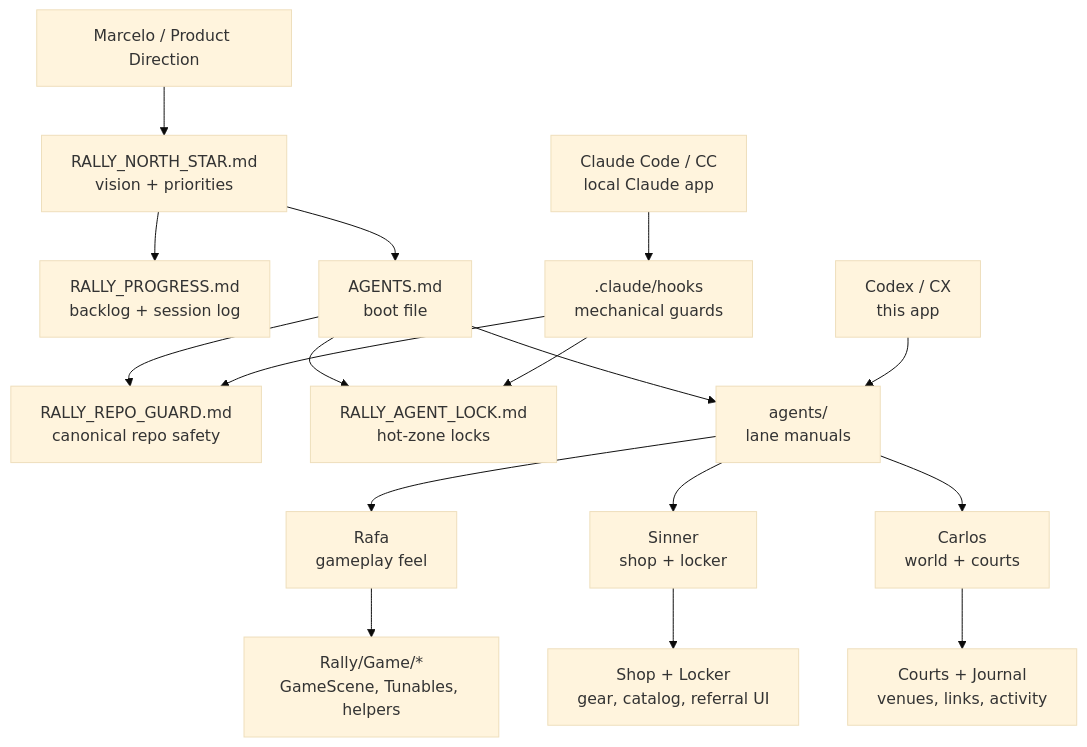
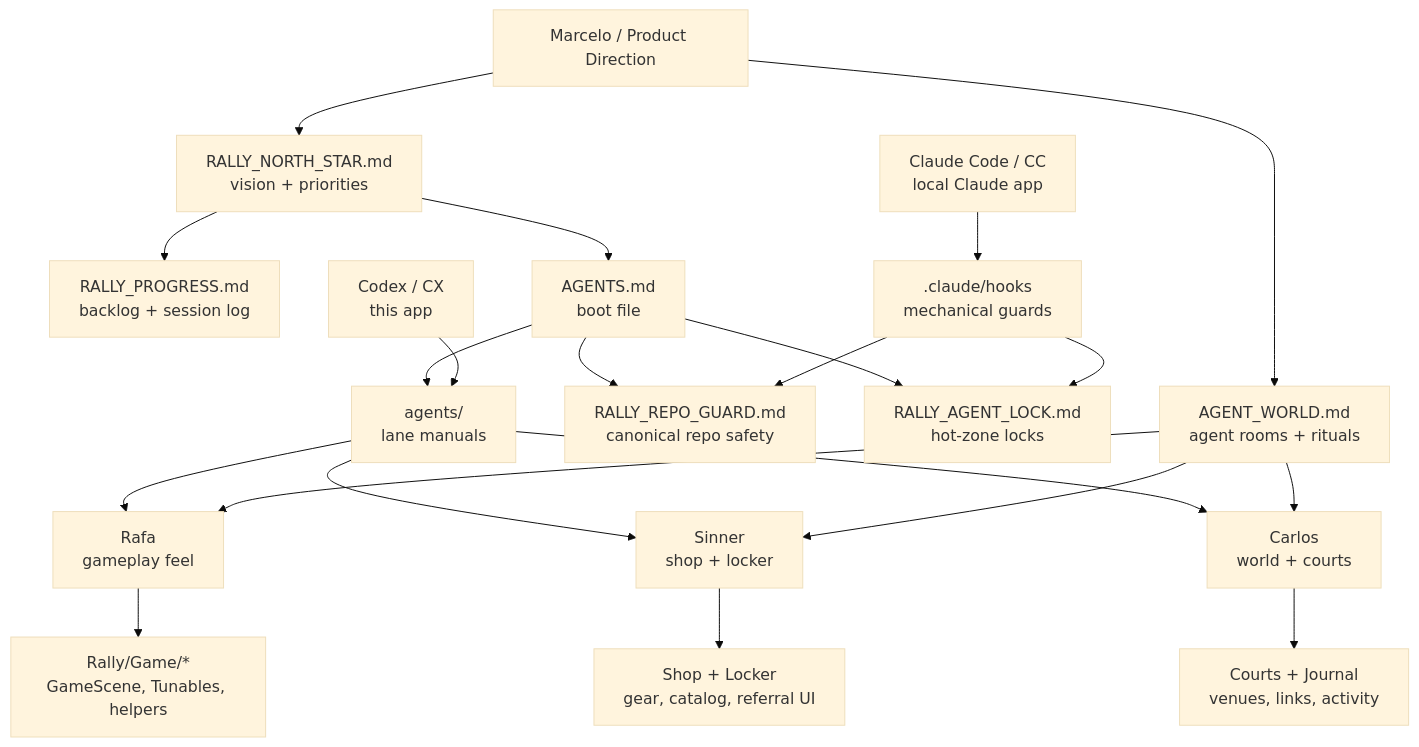
Before and after one commit to marcelozap/Rally: the first of 4 diagrams in AGENT_VISUALIZER.md, drawn with Mermaid (base theme). The commit also changed other lines of this file and 3 other files, not shown here.

Commit message:
[CX] Add Rally agent world

````diff
--- a/AGENT_VISUALIZER.md
+++ b/AGENT_VISUALIZER.md
@@ -20,21 +22,25 @@
 ```mermaid
 flowchart TD
     User["Marcelo / Product Direction"] --> NorthStar["RALLY_NORTH_STAR.md<br/>vision + priorities"]
+    User --> WorldDoc["AGENT_WORLD.md<br/>agent rooms + rituals"]
     NorthStar --> Progress["RALLY_PROGRESS.md<br/>backlog + session log"]
     NorthStar --> Agents["AGENTS.md<br/>boot file"]
     Agents --> Guard["RALLY_REPO_GUARD.md<br/>canonical repo safety"]
     Agents --> Lock["RALLY_AGENT_LOCK.md<br/>hot-zone locks"]
     Agents --> AgentDocs["agents/<br/>lane manuals"]
     AgentDocs --> Rafa["Rafa<br/>gameplay feel"]
     AgentDocs --> Sinner["Sinner<br/>shop + locker"]
     AgentDocs --> Carlos["Carlos<br/>world + courts"]
+    WorldDoc --> Rafa
+    WorldDoc --> Sinner
+    WorldDoc --> Carlos
 
     Codex["Codex / CX<br/>this app"] --> AgentDocs
     Claude["Claude Code / CC<br/>local Claude app"] --> ClaudeHooks[".claude/hooks<br/>mechanical guards"]
     ClaudeHooks --> Guard
     ClaudeHooks --> Lock
 
     Rafa --> Game["Rally/Game/*<br/>GameScene, Tunables, helpers"]
     Sinner --> Shop["Shop + Locker<br/>gear, catalog, referral UI"]
     Carlos --> World["Courts + Journal<br/>venues, links, activity"]
 ```
````
